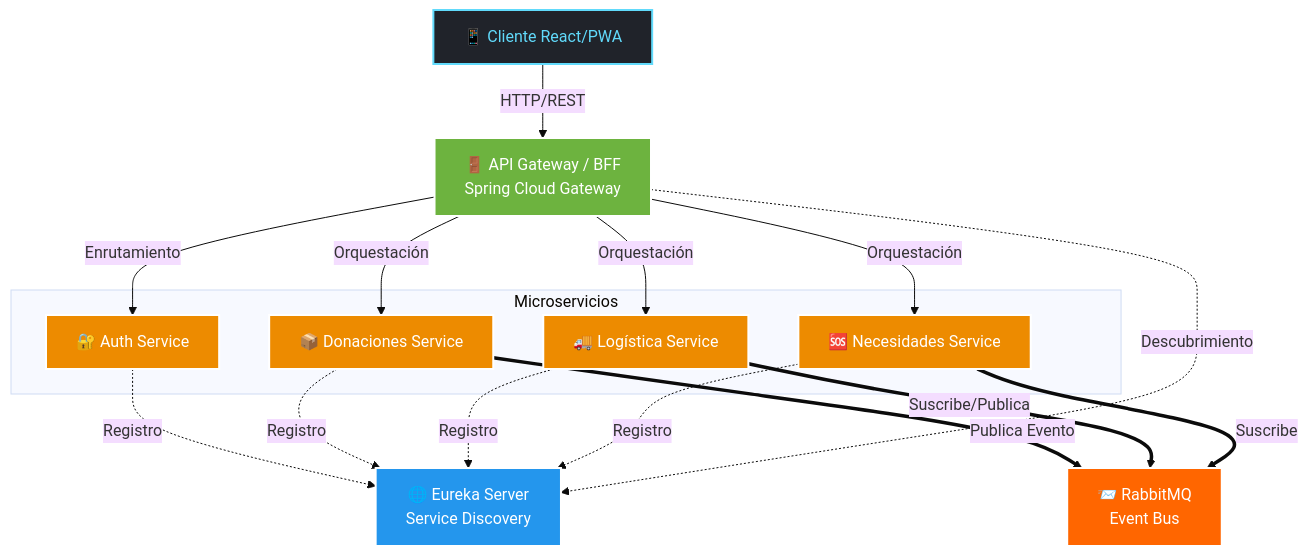
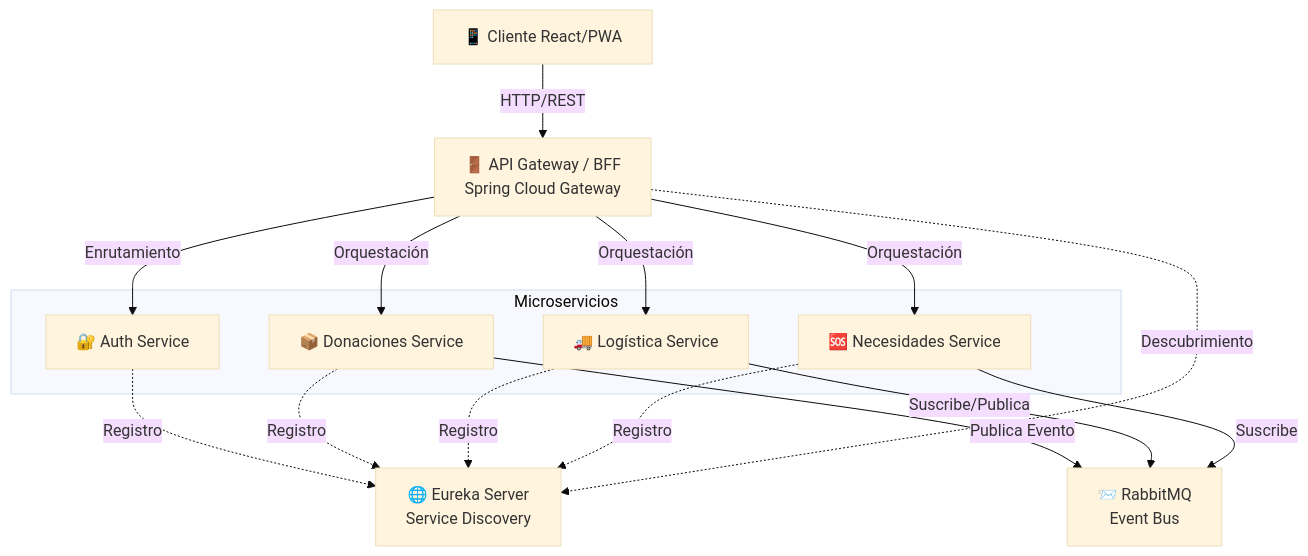
Before and after one commit to BrayanGLeo/Donaton-FullStack3: the diagram in README.md, drawn with Mermaid (base theme). The commit also changed other lines of this file, not shown here.

Commit message:
Arreglo definitico de mermaid

````diff
--- a/README.md
+++ b/README.md
@@ -30,39 +30,32 @@
 ```mermaid
 graph TD
-    %% Estilos
-    classDef client fill:#20232A,stroke:#61DAFB,stroke-width:2px,color:#61DAFB
-    classDef gateway fill:#6DB33F,stroke:#fff,stroke-width:2px,color:#fff
-    classDef service fill:#ED8B00,stroke:#fff,stroke-width:2px,color:#fff
-    classDef infra fill:#2496ED,stroke:#fff,stroke-width:2px,color:#fff
-    classDef message fill:#FF6600,stroke:#fff,stroke-width:2px,color:#fff
-
     %% Nodos
-    Client["📱 Cliente React/PWA"]:::client
-    API_GW["🚪 API Gateway / BFF <br> Spring Cloud Gateway"]:::gateway
-    Eureka["🌐 Eureka Server <br> Service Discovery"]:::infra
-    RabbitMQ["📨 RabbitMQ <br> Event Bus"]:::message
+    Client["📱 Cliente React/PWA"]
+    API_GW["🚪 API Gateway / BFF <br> Spring Cloud Gateway"]
+    Eureka["🌐 Eureka Server <br> Service Discovery"]
+    RabbitMQ["📨 RabbitMQ <br> Event Bus"]
 
     subgraph Microservicios
-        Auth["🔐 Auth Service"]:::service
-        Donaciones["📦 Donaciones Service"]:::service
-        Logistica["🚚 Logística Service"]:::service
-        Necesidades["🆘 Necesidades Service"]:::service
+        Auth["🔐 Auth Service"]
+        Donaciones["📦 Donaciones Service"]
+        Logistica["🚚 Logística Service"]
+        Necesidades["🆘 Necesidades Service"]
     end
 
     %% Relaciones
     Client -->|HTTP/REST| API_GW
     API_GW -->|Enrutamiento| Auth
     API_GW -->|Orquestación| Donaciones
     API_GW -->|Orquestación| Logistica
     API_GW -->|Orquestación| Necesidades
     
     Auth -.->|Registro| Eureka
     Donaciones -.->|Registro| Eureka
     Logistica -.->|Registro| Eureka
     Necesidades -.->|Registro| Eureka
     API_GW -.->|Descubrimiento| Eureka
 
-    Donaciones ==>|Publica Evento| RabbitMQ
-    Logistica ==>|Suscribe/Publica| RabbitMQ
-    Necesidades ==>|Suscribe| RabbitMQ
+    Donaciones -->|Publica Evento| RabbitMQ
+    Logistica -->|Suscribe/Publica| RabbitMQ
+    Necesidades -->|Suscribe| RabbitMQ
 ```
````
